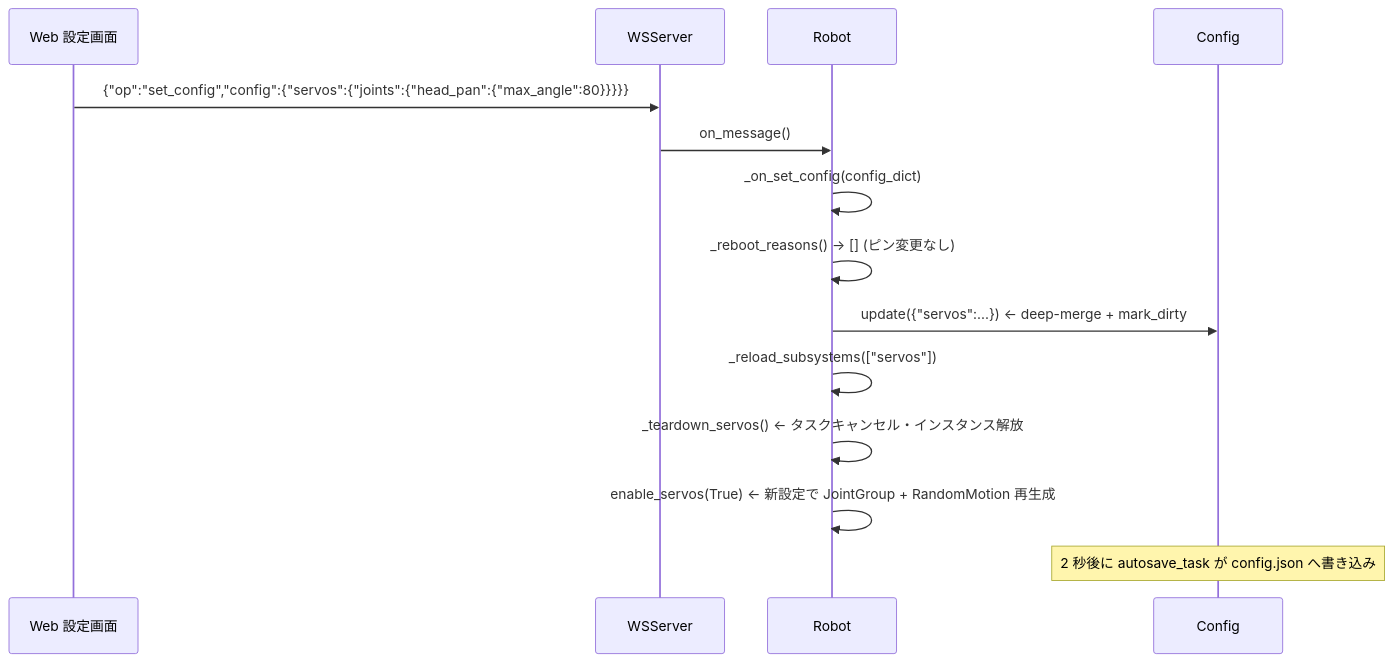
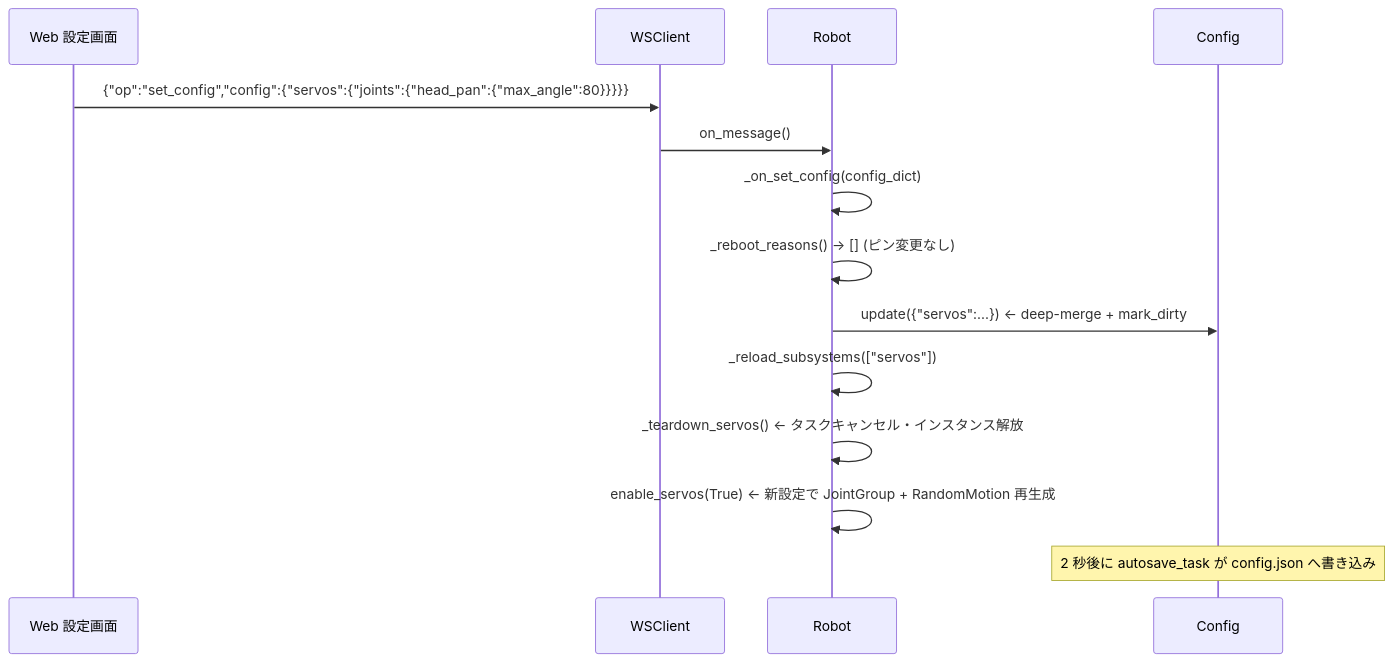
Before and after one commit to smabo-smartphone-robot/smabo-smartphone-robot.github.io: the ninth of 14 diagrams in docs/architecture/design.md, drawn with Mermaid. The commit also changed other lines of this file and 5 other files, not shown here.

````diff
--- a/docs/architecture/design.md
+++ b/docs/architecture/design.md
@@ -404,18 +429,18 @@
 ```mermaid
 sequenceDiagram
     participant Client as Web 設定画面
-    participant WSServer
+    participant WSClient
     participant Robot
     participant Config
 
-    Client->>WSServer: {"op":"set_config","config":{"servos":{"joints":{"head_pan":{"max_angle":80}}}}}
-    WSServer->>Robot: on_message()
+    Client->>WSClient: {"op":"set_config","config":{"servos":{"joints":{"head_pan":{"max_angle":80}}}}}
+    WSClient->>Robot: on_message()
     Robot->>Robot: _on_set_config(config_dict)
     Robot->>Robot: _reboot_reasons() → [] (ピン変更なし)
     Robot->>Config: update({"servos":...})  ← deep-merge + mark_dirty
     Robot->>Robot: _reload_subsystems(["servos"])
     Robot->>Robot: _teardown_servos()  ← タスクキャンセル・インスタンス解放
     Robot->>Robot: enable_servos(True) ← 新設定で JointGroup + RandomMotion 再生成
 
     Note over Config: 2 秒後に autosave_task が config.json へ書き込み
 ```
````
